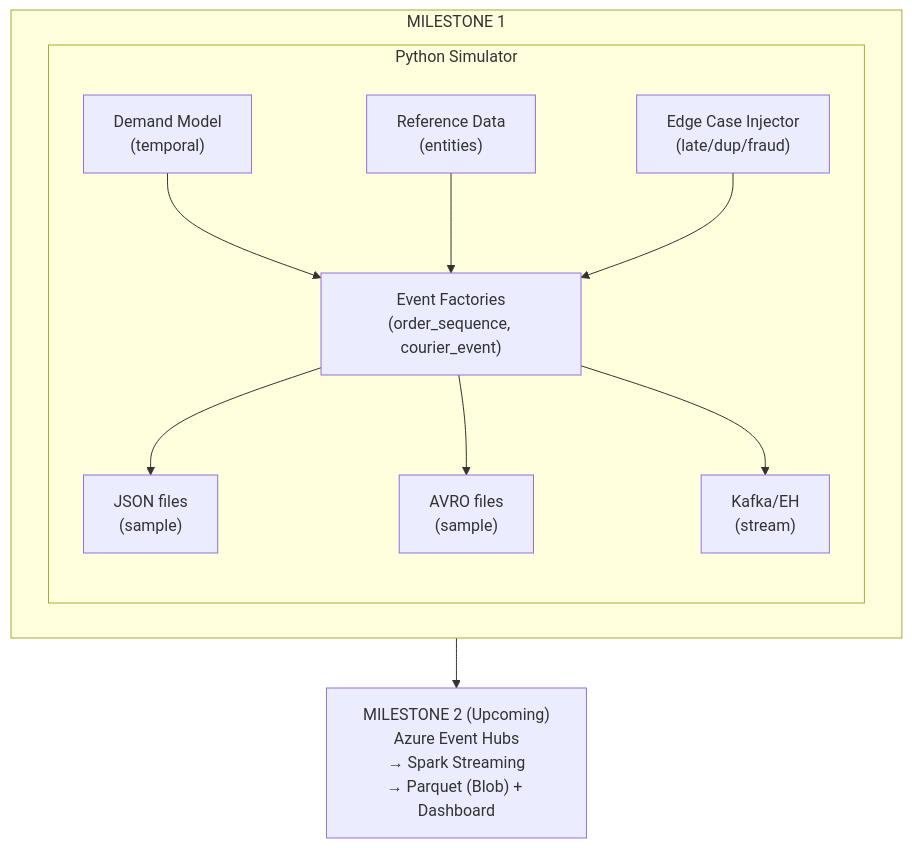
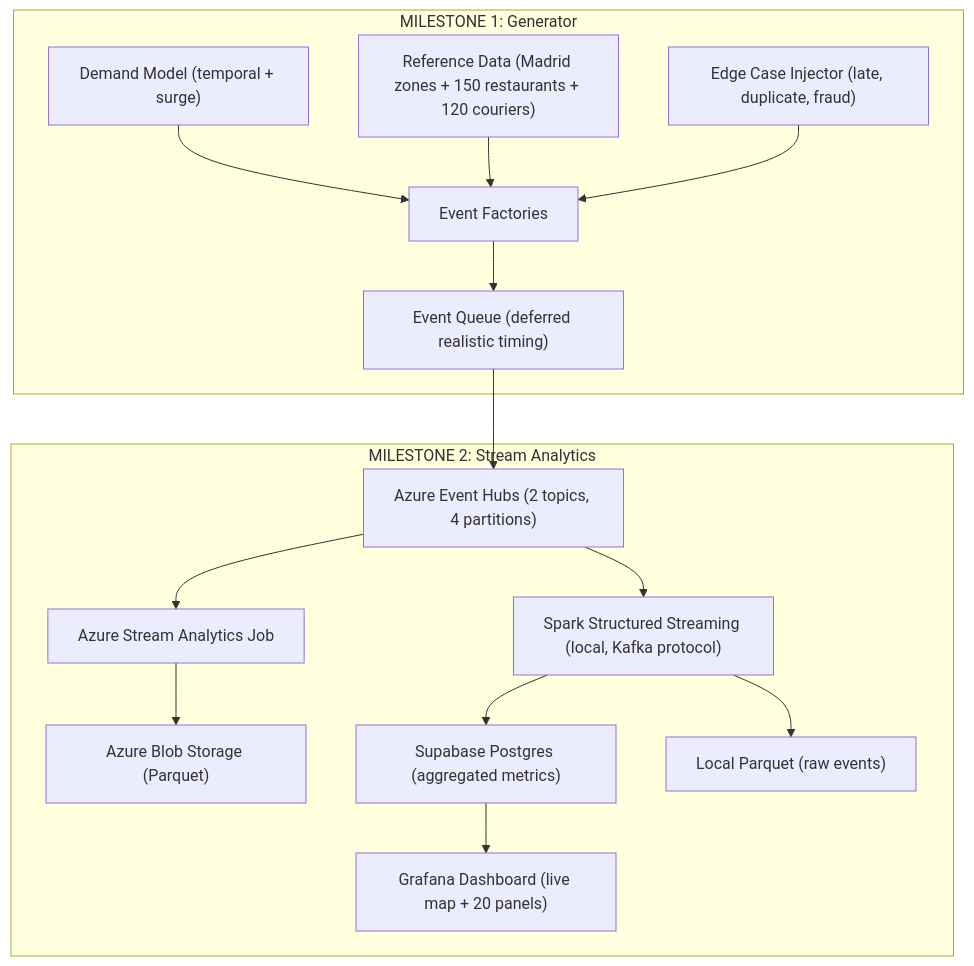
Before and after one commit to beauuks/food-delivery-streaming: the first of 3 diagrams in README.md, drawn with Mermaid. The commit also changed other lines of this file, not shown here.

````diff
--- a/README.md
+++ b/README.md
@@ -54,28 +62,32 @@
 ```mermaid
 flowchart TD
-    subgraph M1 ["MILESTONE 1"]
-        subgraph Sim ["Python Simulator"]
-            DM["Demand Model<br/>(temporal)"]
-            RD["Reference Data<br/>(entities)"]
-            ECI["Edge Case Injector<br/>(late/dup/fraud)"]
-            
-            EF["Event Factories<br/>(order_sequence, courier_event)"]
-            
-            DM --> EF
-            RD --> EF
-            ECI --> EF
-            
-            JSON["JSON files<br/>(sample)"]
-            AVRO["AVRO files<br/>(sample)"]
-            KAFKA["Kafka/EH<br/>(stream)"]
-            
-            EF --> JSON
-            EF --> AVRO
-            EF --> KAFKA
-        end
+    subgraph M1 ["MILESTONE 1: Generator"]
+        DM["Demand Model (temporal + surge)"]
+        RD["Reference Data (Madrid zones + 150 restaurants + 120 couriers)"]
+        EQ["Event Queue (deferred realistic timing)"]
+        ECI["Edge Case Injector (late, duplicate, fraud)"]
+        EF["Event Factories"]
+
+        DM --> EF
+        RD --> EF
+        ECI --> EF
+        EF --> EQ
     end
 
-    M2["MILESTONE 2 (Upcoming)<br/>Azure Event Hubs<br/>&rarr; Spark Streaming<br/>&rarr; Parquet (Blob) + Dashboard"]
+    subgraph M2 ["MILESTONE 2: Stream Analytics"]
+        EH["Azure Event Hubs (2 topics, 4 partitions)"]
+        ASA["Azure Stream Analytics Job"]
+        SPARK["Spark Structured Streaming (local, Kafka protocol)"]
+        BLOB["Azure Blob Storage (Parquet)"]
+        PG["Supabase Postgres (aggregated metrics)"]
+        GRAF["Grafana Dashboard (live map + 20 panels)"]
+        LOCAL["Local Parquet (raw events)"]
 
-    M1 --> M2
+        EH --> ASA --> BLOB
+        EH --> SPARK
+        SPARK --> LOCAL
+        SPARK --> PG --> GRAF
+    end
+
+    EQ --> EH
 ```
````
